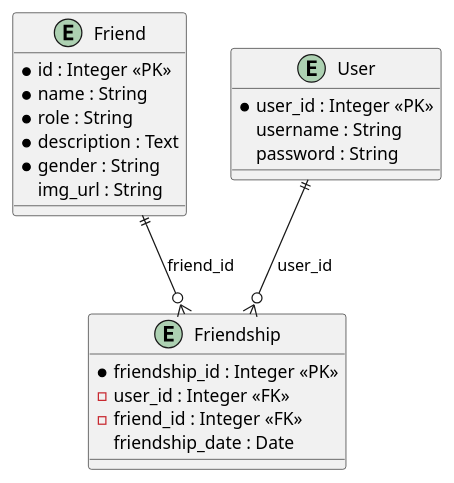
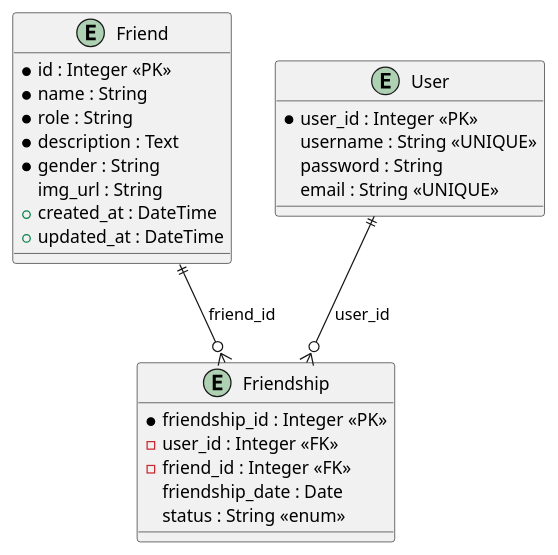
The diagram in Diagram/er_diagram.puml (Fimo0N/Friend-Store-Website), drawn with PlantUML before and after one commit. The commit also changed 1 other file, not shown here.

Commit message:
modified er and usecase

```diff
--- a/Diagram/er_diagram.puml
+++ b/Diagram/er_diagram.puml
@@ -1,28 +1,38 @@
 @startuml
-
 entity "Friend" {
     * id : Integer <<PK>>
     * name : String
     * role : String
     * description : Text
     * gender : String
     img_url : String
+    + created_at : DateTime
+    + updated_at : DateTime
 }
 
 entity "User" {
     * user_id : Integer <<PK>>
-    username : String
+    username : String <<UNIQUE>>
     password : String
+    email : String <<UNIQUE>>
+    
+   
+    
 }
 
 entity "Friendship" {
     * friendship_id : Integer <<PK>>
     - user_id : Integer <<FK>>
     - friend_id : Integer <<FK>>
     friendship_date : Date
+    status : String <<enum>>
 }
+
+
+
+
+
 
 User ||--o{ Friendship : "user_id"
 Friend ||--o{ Friendship : "friend_id"
-
 @enduml
```
